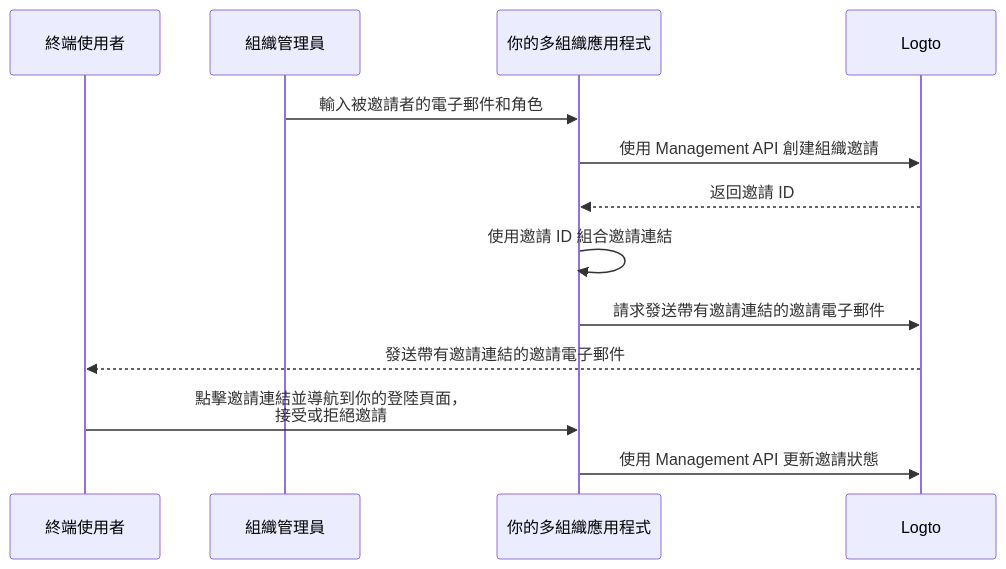
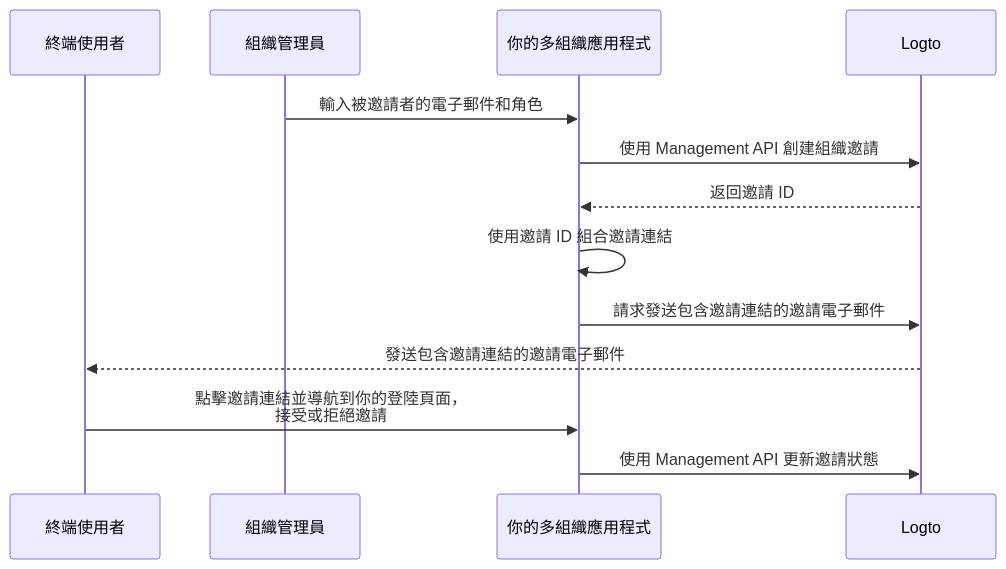
The diagram in i18n/zh-TW/docusaurus-plugin-content-docs/current/end-user-flows/organization-experience/invite-organization-members.mdx (logto-io/docs), drawn with Mermaid before and after one commit. The commit also changed other lines of this file and 407 other files, not shown here.

````diff
--- a/i18n/zh-TW/docusaurus-plugin-content-docs/current/end-user-flows/organization-experience/invite-organization-members.mdx
+++ b/i18n/zh-TW/docusaurus-plugin-content-docs/current/end-user-flows/organization-experience/invite-organization-members.mdx
@@ -13,16 +13,16 @@
 ```mermaid
 sequenceDiagram
 	Participant U as 終端使用者
   Participant A as 組織管理員
   Participant C as 你的多組織應用程式
 	Participant L as Logto
 
   A ->> C: 輸入被邀請者的電子郵件和角色
   C ->> L: 使用 Management API 創建組織邀請
   L -->> C: 返回邀請 ID
   C ->> C: 使用邀請 ID 組合邀請連結
-  C ->> L: 請求發送帶有邀請連結的邀請電子郵件
-  L -->> U: 發送帶有邀請連結的邀請電子郵件
+  C ->> L: 請求發送包含邀請連結的邀請電子郵件
+  L -->> U: 發送包含邀請連結的邀請電子郵件
   U ->> C: 點擊邀請連結並導航到你的登陸頁面，<br />接受或拒絕邀請
   C ->> L: 使用 Management API 更新邀請狀態
 ```
````
